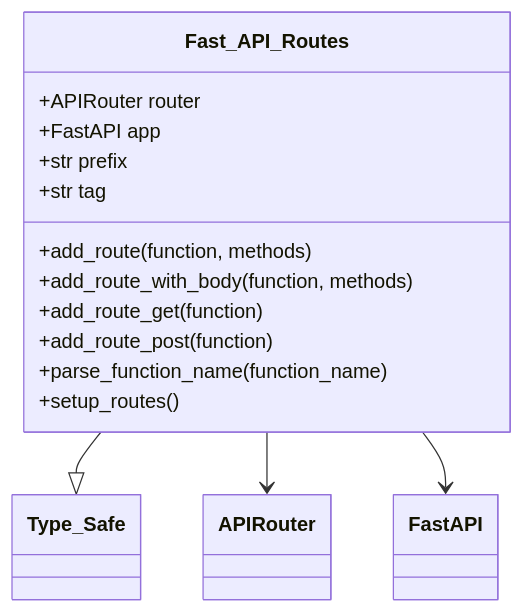
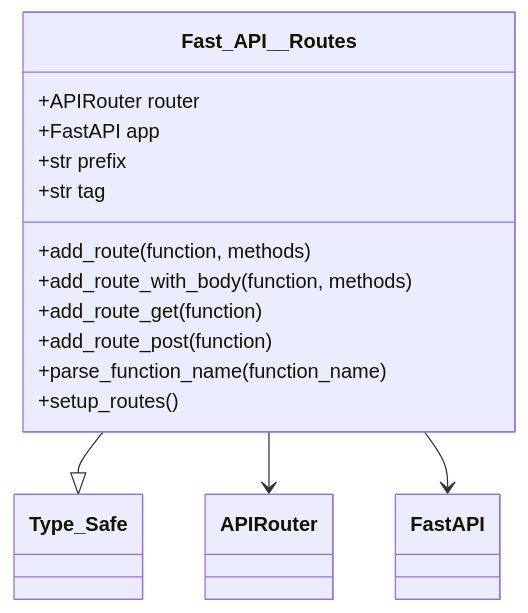
The fourth of 9 diagrams in docs/architecture/osbot-fast-api-architecture.md (owasp-sbot/OSBot-Fast-API), drawn with Mermaid before and after one commit. The commit also changed other lines of this file and 21 other files, not shown here.

Commit message:
BREAKING Change, fixed Fast_API_Routes name, it is now Fast_API__Routes Fixed bug with tag (was over filtering) with now classes for it class Safe_Str__FastAPI__Route__Prefix , Safe_Str__FastAPI__Route__Tag

````diff
--- a/docs/architecture/osbot-fast-api-architecture.md
+++ b/docs/architecture/osbot-fast-api-architecture.md
@@ -151,20 +151,20 @@
 ```mermaid
 classDiagram
-    class Fast_API_Routes {
+    class Fast_API__Routes {
         +APIRouter router
         +FastAPI app
         +str prefix
         +str tag
         
         +add_route(function, methods)
         +add_route_with_body(function, methods)
         +add_route_get(function)
         +add_route_post(function)
         +parse_function_name(function_name)
         +setup_routes()
     }
     
-    Fast_API_Routes --|> Type_Safe
-    Fast_API_Routes --> APIRouter
-    Fast_API_Routes --> FastAPI
+    Fast_API__Routes --|> Type_Safe
+    Fast_API__Routes --> APIRouter
+    Fast_API__Routes --> FastAPI
 ```
````
